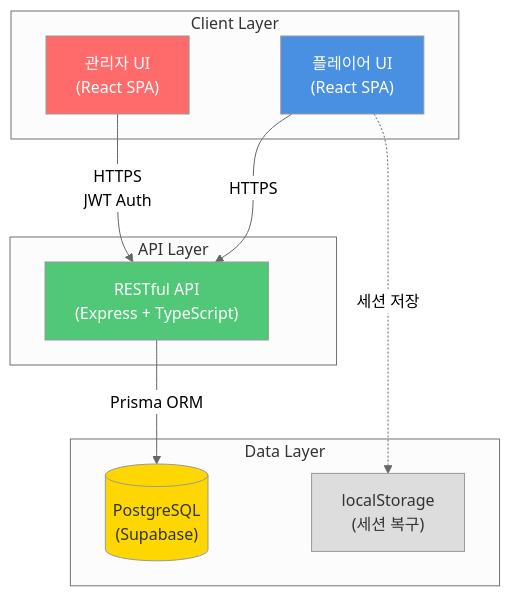
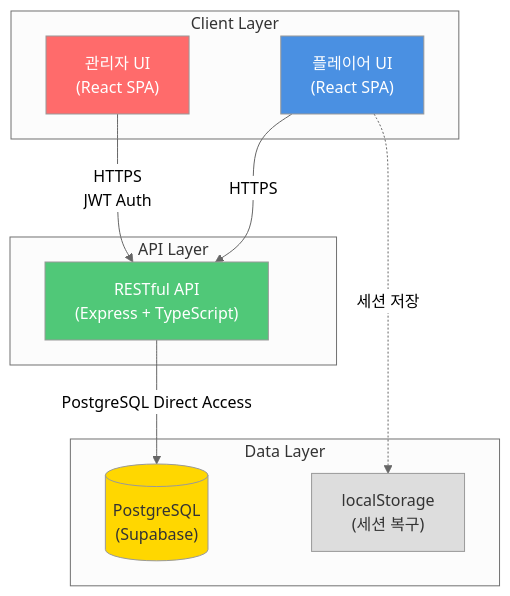
Before and after one commit to dbsdlstn/yis-escapehint: the first of 9 diagrams in docs/6-arch-diagram.md, drawn with Mermaid (neutral theme). The commit also changed other lines of this file and 37 other files, not shown here.

````diff
--- a/docs/6-arch-diagram.md
+++ b/docs/6-arch-diagram.md
@@ -43,27 +43,27 @@
 ```mermaid
 graph TB
     subgraph "Client Layer"
         Player["플레이어 UI<br/>(React SPA)"]
         Admin["관리자 UI<br/>(React SPA)"]
     end
 
     subgraph "API Layer"
         API["RESTful API<br/>(Express + TypeScript)"]
     end
 
     subgraph "Data Layer"
         DB[("PostgreSQL<br/>(Supabase)")]
         Cache["localStorage<br/>(세션 복구)"]
     end
 
     Player -->|HTTPS| API
     Admin -->|HTTPS<br/>JWT Auth| API
-    API -->|Prisma ORM| DB
+    API -->|PostgreSQL Direct Access| DB
     Player -.->|세션 저장| Cache
 
     style Player fill:#4A90E2,color:#fff
     style Admin fill:#FF6B6B,color:#fff
     style API fill:#50C878,color:#fff
     style DB fill:#FFD700,color:#333
     style Cache fill:#DDD,color:#333
 ```
````
